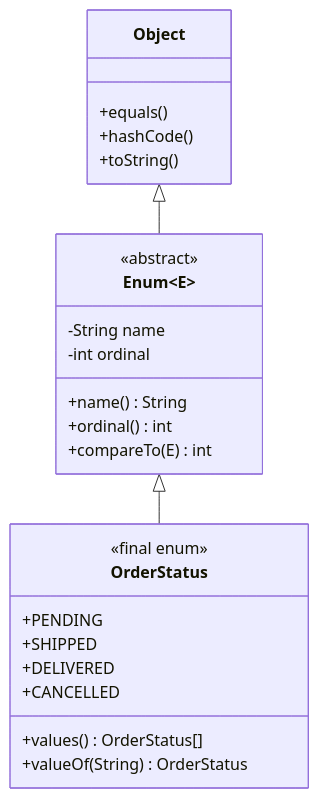
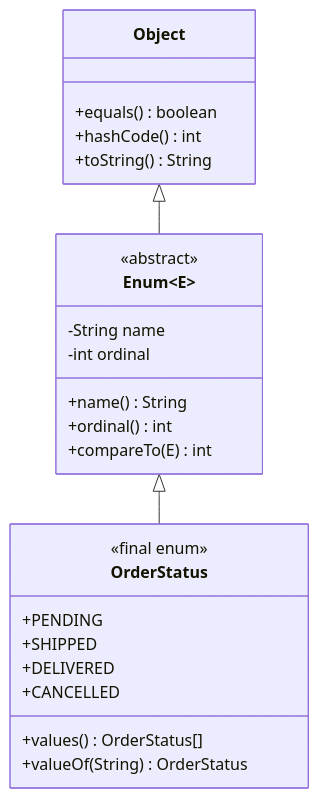
One commit to ravishankar2463/java_hub changed the diagram in content/roadmap/level-2/enums.md. Above: the diagram before and after it, drawn with Mermaid. The commit also changed other lines of this file and 119 other files, not shown here.

Commit message:
feat: add comprehensive java learning roadmap content across multiple levels

````diff
--- a/content/roadmap/level-2/enums.md
+++ b/content/roadmap/level-2/enums.md
@@ -73,29 +56,29 @@
 ```mermaid
 classDiagram
     direction TB
     class Object {
-        +equals()
-        +hashCode()
-        +toString()
+        +equals() boolean
+        +hashCode() int
+        +toString() String
     }
     class Enum~E~ {
         <<abstract>>
         -String name
         -int ordinal
         +name() String
         +ordinal() int
         +compareTo(E) int
     }
     class OrderStatus {
         <<final enum>>
         +PENDING
         +SHIPPED
         +DELIVERED
         +CANCELLED
         +values() OrderStatus[]
         +valueOf(String) OrderStatus
     }
 
     Object <|-- Enum~E~
     Enum~E~ <|-- OrderStatus
 ```
````
